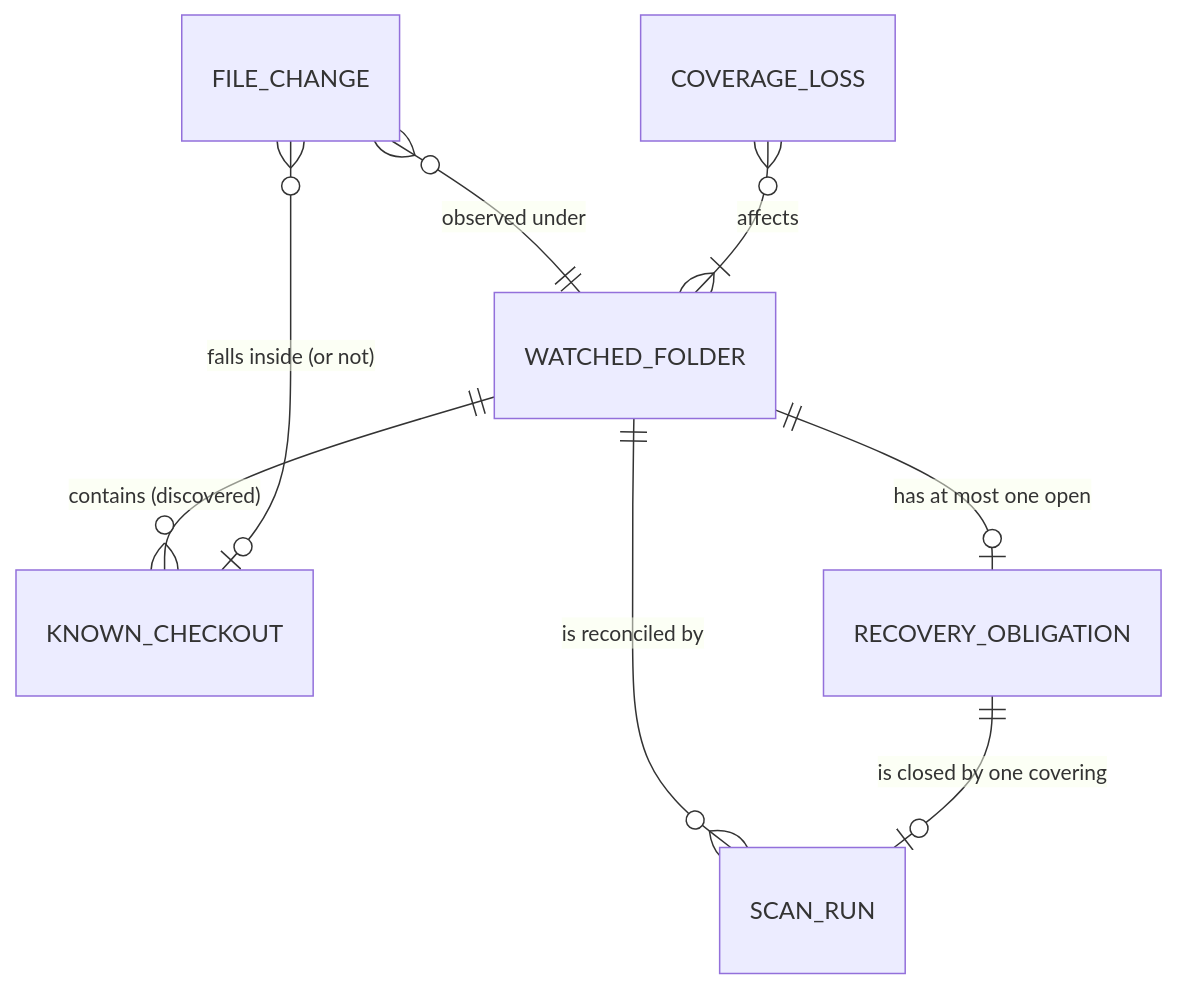
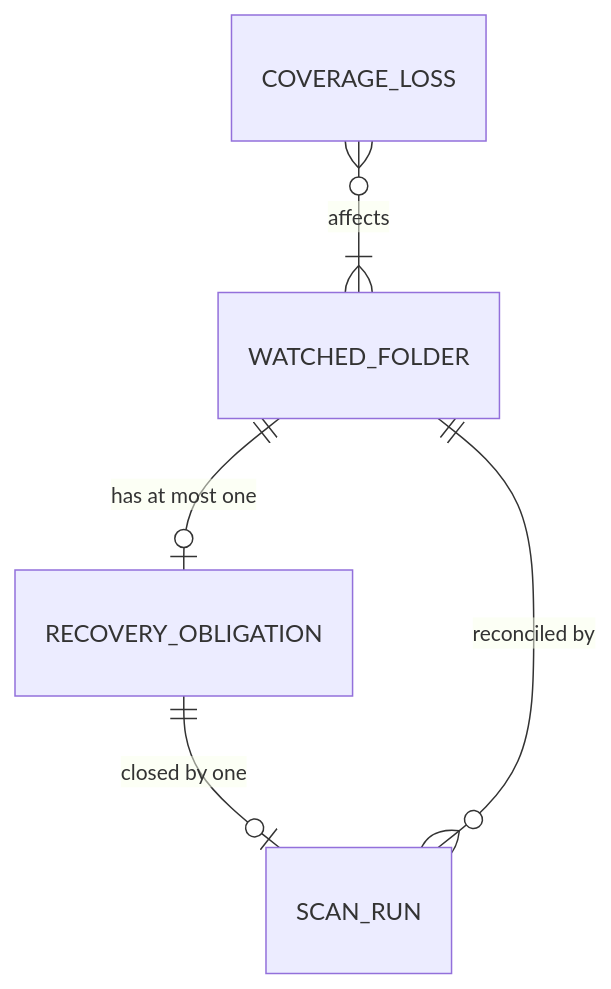
One commit to getagentstudio/agentstudio changed the second of 2 diagrams in docs/specs/2026-11-04-fsevents-overload/2026-11-04-fsevents-overload-specification.md. Above: the diagram before and after it, drawn with Mermaid. The commit also changed other lines of this file and 2 other files, not shown here.

Commit message:
docs(specs): fit wide diagrams to the page canvas; split entity map

````diff
--- a/docs/specs/2026-11-04-fsevents-overload/2026-11-04-fsevents-overload-specification.md
+++ b/docs/specs/2026-11-04-fsevents-overload/2026-11-04-fsevents-overload-specification.md
@@ -26,10 +33,7 @@
 ```mermaid
 erDiagram
-  WATCHED_FOLDER ||--o{ KNOWN_CHECKOUT : "contains (discovered)"
-  WATCHED_FOLDER ||--o| RECOVERY_OBLIGATION : "has at most one open"
-  WATCHED_FOLDER ||--o{ SCAN_RUN : "is reconciled by"
-  FILE_CHANGE }o--|| WATCHED_FOLDER : "observed under"
-  FILE_CHANGE }o--o| KNOWN_CHECKOUT : "falls inside (or not)"
+  WATCHED_FOLDER ||--o| RECOVERY_OBLIGATION : "has at most one"
   COVERAGE_LOSS }o--|{ WATCHED_FOLDER : "affects"
-  RECOVERY_OBLIGATION ||--o| SCAN_RUN : "is closed by one covering"
+  RECOVERY_OBLIGATION ||--o| SCAN_RUN : "closed by one"
+  WATCHED_FOLDER ||--o{ SCAN_RUN : "reconciled by"
 ```
````
